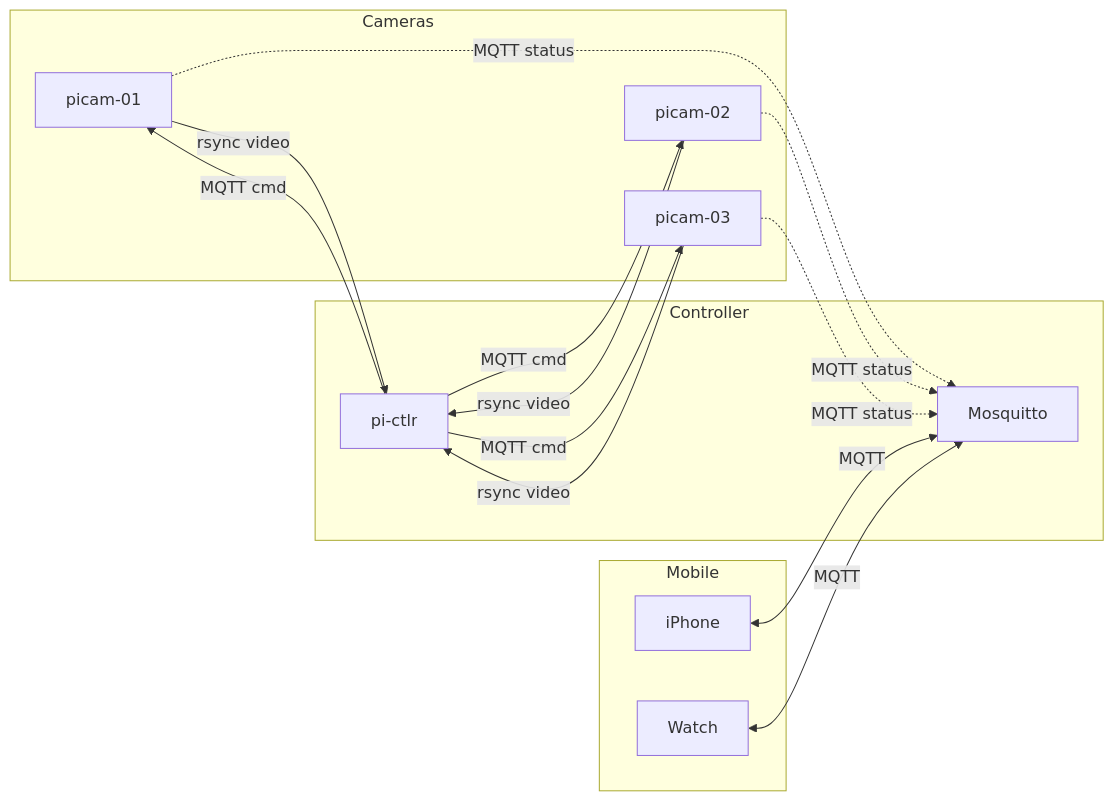
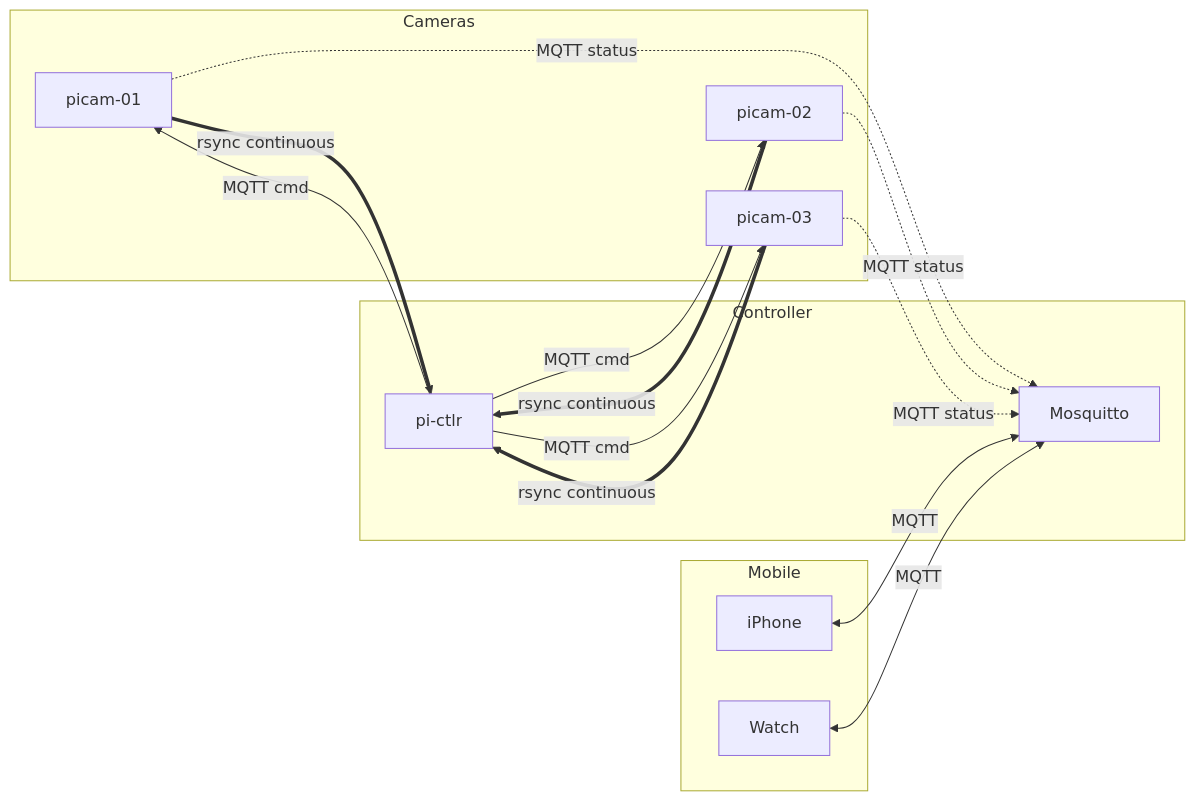
Before and after one commit to syncdrivenet/docs: the second of 2 diagrams in wiki/docs/reference/system-design.md, drawn with Mermaid. The commit also changed other lines of this file, not shown here.

Commit message:
Clarify rsync is continuous, independent of session

````diff
--- a/wiki/docs/reference/system-design.md
+++ b/wiki/docs/reference/system-design.md
@@ -23,33 +23,33 @@
 ```mermaid
 graph LR
     subgraph Cameras
         PiCam1[picam-01]
         PiCam2[picam-02]
         PiCam3[picam-03]
     end
 
     subgraph Controller
         PiCtlr[pi-ctlr]
         MQTT[Mosquitto]
     end
 
     subgraph Mobile
         Phone[iPhone]
         Watch[Watch]
     end
 
     PiCtlr -->|MQTT cmd| PiCam1
     PiCtlr -->|MQTT cmd| PiCam2
     PiCtlr -->|MQTT cmd| PiCam3
 
-    PiCam1 -->|rsync video| PiCtlr
-    PiCam2 -->|rsync video| PiCtlr
-    PiCam3 -->|rsync video| PiCtlr
+    PiCam1 ==>|rsync continuous| PiCtlr
+    PiCam2 ==>|rsync continuous| PiCtlr
+    PiCam3 ==>|rsync continuous| PiCtlr
 
     PiCam1 -.->|MQTT status| MQTT
     PiCam2 -.->|MQTT status| MQTT
     PiCam3 -.->|MQTT status| MQTT
 
     Phone <-->|MQTT| MQTT
     Watch <-->|MQTT| MQTT
 ```
````
